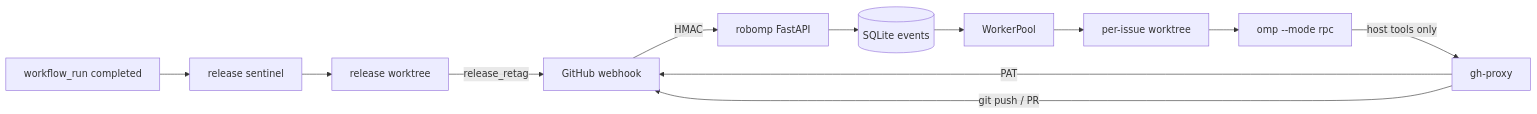
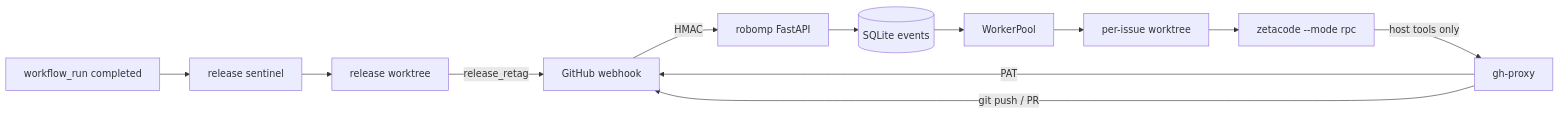
The diagram in document/agents/workflow/robomp.md (Linxira-OS/linxira-zeta), drawn with Mermaid before and after one commit. The commit also changed other lines of this file and 626 other files, not shown here.

````diff
--- a/document/agents/workflow/robomp.md
+++ b/document/agents/workflow/robomp.md
@@ -18,14 +18,14 @@
 ```mermaid
 flowchart LR
   GH[GitHub webhook] -->|HMAC| API[robomp FastAPI]
   API --> Q[(SQLite events)]
   Q --> W[WorkerPool]
   W --> WT[per-issue worktree]
-  WT --> OMP[omp --mode rpc]
+  WT --> OMP[zetacode --mode rpc]
   OMP -->|host tools only| PROXY[gh-proxy]
   PROXY -->|PAT| GH
   PROXY -->|git push / PR| GH
   CI[workflow_run completed] --> REL[release sentinel]
   REL --> RWT[release worktree]
   RWT -->|release_retag| GH
 ```
````
